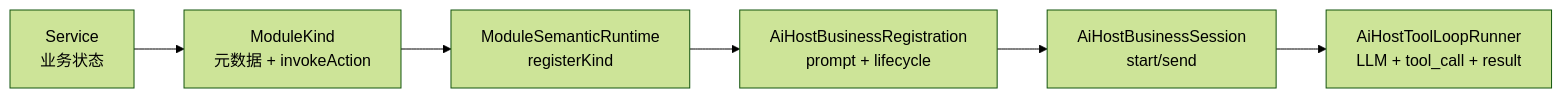
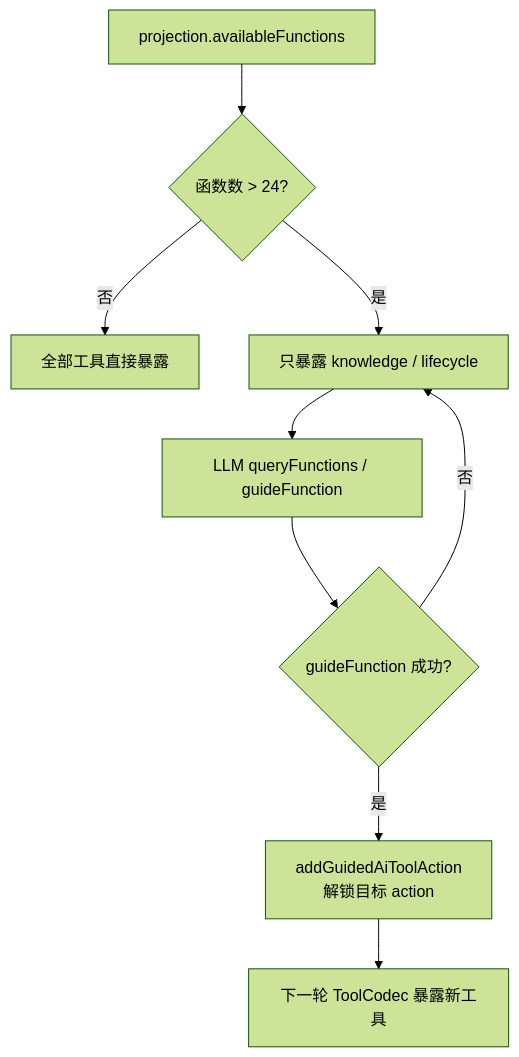
One commit to LMSpark/spark-view-vue changed the second of 2 diagrams in docs/ai/AI_BUSINESS_FLOW.md. Above: the diagram before and after it, drawn with Mermaid (forest theme). The commit also changed other lines of this file and 22 other files, not shown here.

Commit message:
feat(spark-ai,spark-page-config): add module-semantic knowledge layer and page-design kind IDs

````diff
--- a/docs/ai/AI_BUSINESS_FLOW.md
+++ b/docs/ai/AI_BUSINESS_FLOW.md
@@ -477,8 +288,11 @@
 ```mermaid
-flowchart LR
-  A["Service<br/>业务状态"] --> B["ModuleKind<br/>元数据 + invokeAction"]
-  B --> C["ModuleSemanticRuntime<br/>registerKind"]
-  C --> D["AiHostBusinessRegistration<br/>prompt + lifecycle"]
-  D --> E["AiHostBusinessSession<br/>start/send"]
-  E --> F["AiHostToolLoopRunner<br/>LLM + tool_call + result"]
+flowchart TD
+  Projection["projection.availableFunctions"] --> Count{"函数数 > 24?"}
+  Count -- 否 --> All["全部工具直接暴露"]
+  Count -- 是 --> Initial["只暴露 knowledge / lifecycle"]
+  Initial --> Query["LLM queryFunctions / guideFunction"]
+  Query --> Guided{"guideFunction 成功?"}
+  Guided -- 是 --> Add["addGuidedAiToolAction<br/>解锁目标 action"]
+  Add --> NextRound["下一轮 ToolCodec 暴露新工具"]
+  Guided -- 否 --> Initial
 ```
````
